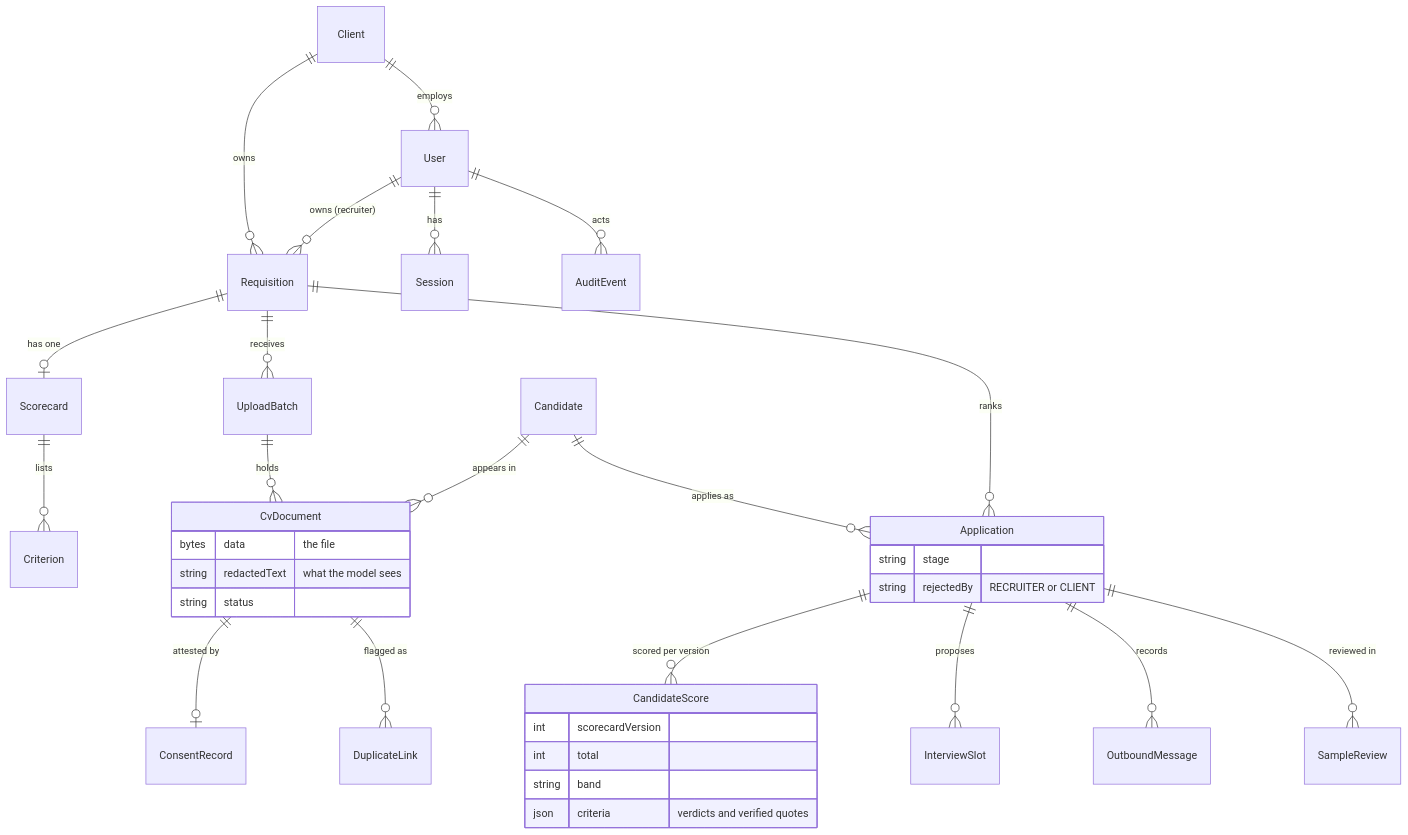
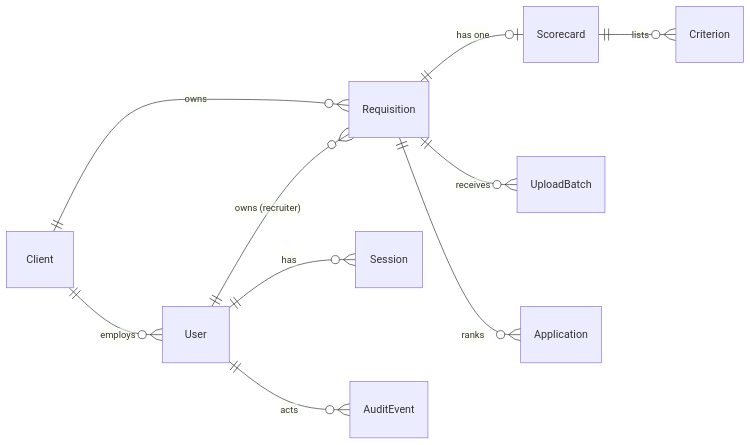
One commit to thisisfaizanali/hireproof changed the second of 3 diagrams in docs/TDD.md. Above: the diagram before and after it, drawn with Mermaid. The commit also changed other lines of this file and 7 other files, not shown here.

````diff
--- a/docs/TDD.md
+++ b/docs/TDD.md
@@ -86,36 +92,13 @@
 ```mermaid
 erDiagram
+  direction LR
   Client ||--o{ User : employs
   Client ||--o{ Requisition : owns
   User ||--o{ Requisition : "owns (recruiter)"
   User ||--o{ Session : has
+  User ||--o{ AuditEvent : acts
   Requisition ||--o| Scorecard : "has one"
   Scorecard ||--o{ Criterion : lists
   Requisition ||--o{ UploadBatch : receives
-  UploadBatch ||--o{ CvDocument : holds
-  Candidate ||--o{ CvDocument : "appears in"
-  CvDocument ||--o| ConsentRecord : "attested by"
-  CvDocument ||--o{ DuplicateLink : "flagged as"
-  Candidate ||--o{ Application : "applies as"
   Requisition ||--o{ Application : ranks
-  Application ||--o{ CandidateScore : "scored per version"
-  Application ||--o{ InterviewSlot : proposes
-  Application ||--o{ OutboundMessage : records
-  Application ||--o{ SampleReview : "reviewed in"
-  User ||--o{ AuditEvent : acts
-  CandidateScore {
-    int scorecardVersion
-    int total
-    string band
-    json criteria "verdicts and verified quotes"
-  }
-  CvDocument {
-    bytes data "the file"
-    string redactedText "what the model sees"
-    string status
-  }
-  Application {
-    string stage
-    string rejectedBy "RECRUITER or CLIENT"
-  }
 ```
````
